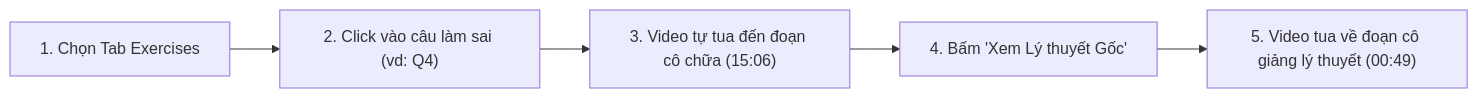
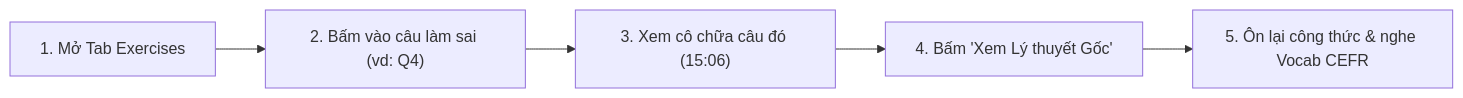
The diagram in docs/06_user_guide_and_demo.md (CelesEclipse/NLP501_edusync_mvp), drawn with Mermaid before and after one commit. The commit also changed other lines of this file and 20 other files, not shown here.

````diff
--- a/docs/06_user_guide_and_demo.md
+++ b/docs/06_user_guide_and_demo.md
@@ -25,7 +36,7 @@
 ```mermaid
 flowchart LR
-    Step1["1. Chọn Tab Exercises"] --> Step2["2. Click vào câu làm sai (vd: Q4)"]
-    Step2 --> Step3["3. Video tự tua đến đoạn cô chữa (15:06)"]
+    Step1["1. Mở Tab Exercises"] --> Step2["2. Bấm vào câu làm sai (vd: Q4)"]
+    Step2 --> Step3["3. Xem cô chữa câu đó (15:06)"]
     Step3 --> Step4["4. Bấm 'Xem Lý thuyết Gốc'"]
-    Step4 --> Step5["5. Video tua về đoạn cô giảng lý thuyết (00:49)"]
+    Step4 --> Step5["5. Ôn lại công thức & nghe Vocab CEFR"]
 ```
````
